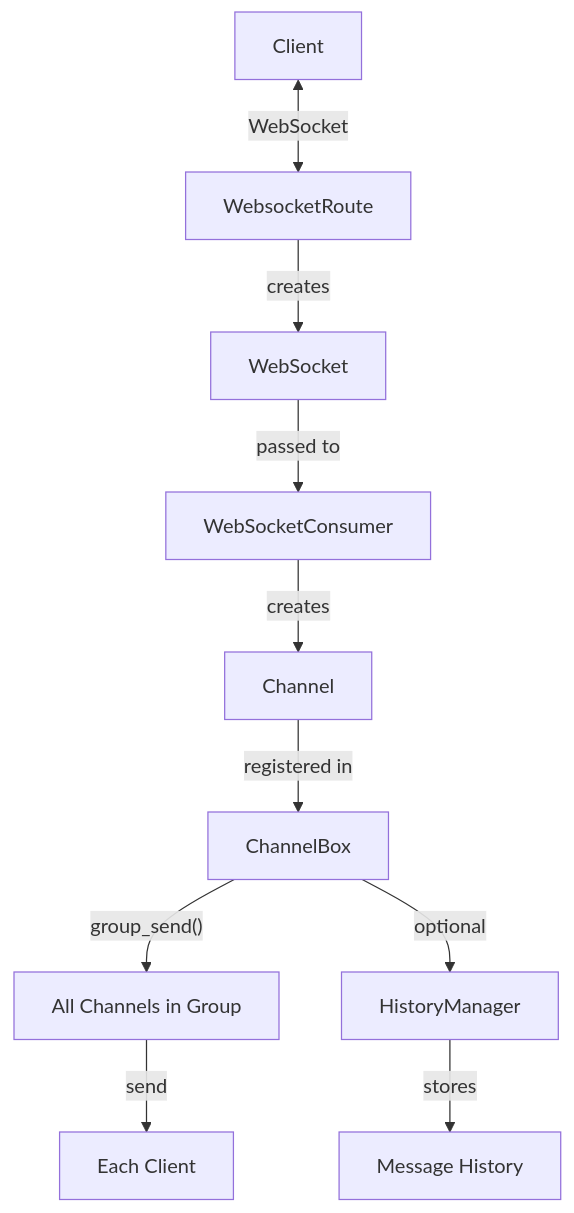
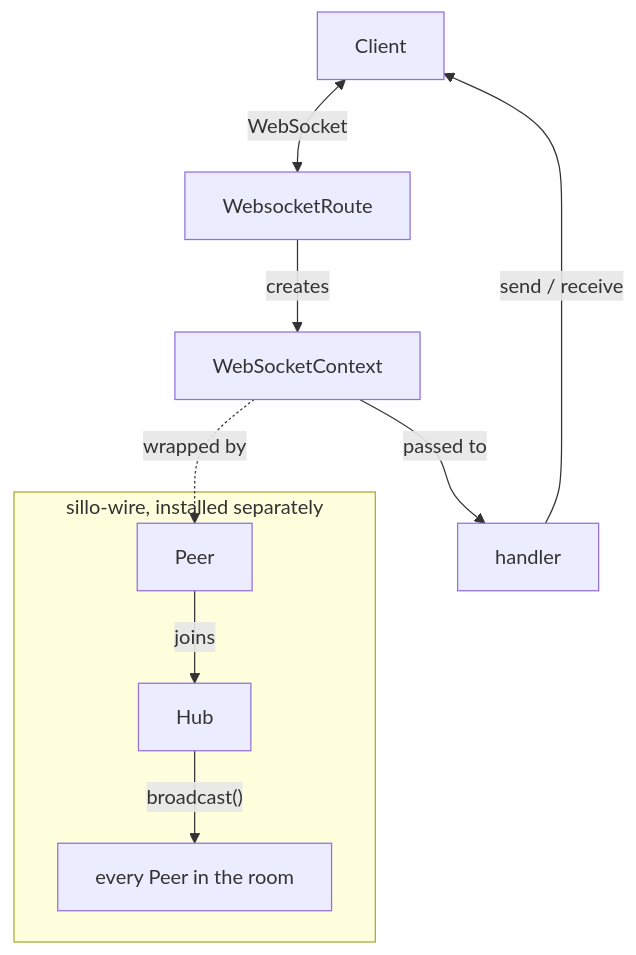
The first of 2 diagrams in docs/docs/src/content/docs/v1.0/advanced/websockets.md (sillohq/core), drawn with Mermaid before and after one commit. The commit also changed other lines of this file and 24 other files, not shown here.

First line of the commit message:
v1: move WebSocket rooms out to sillo-wire

````diff
--- a/docs/docs/src/content/docs/v1.0/advanced/websockets.md
+++ b/docs/docs/src/content/docs/v1.0/advanced/websockets.md
@@ -32,13 +33,14 @@
 ```mermaid
 graph TD
     A[Client] <-->|"WebSocket"| B[WebsocketRoute]
-    B -->|"creates"| C[WebSocket]
-    C -->|"passed to"| D[WebSocketConsumer]
-    D -->|"creates"| E[Channel]
-    E -->|"registered in"| F[ChannelBox]
-    F -->|"group_send()"| G[All Channels in Group]
-    G -->|"send"| H[Each Client]
+    B -->|"creates"| C[WebSocketContext]
+    C -->|"passed to"| D[handler]
+    D -->|"send / receive"| A
 
-    I[HistoryManager] -->|"stores"| J[Message History]
-    F -->|"optional"| I
+    subgraph "sillo-wire, installed separately"
+        E[Peer] -->|"joins"| F[Hub]
+        F -->|"broadcast()"| G[every Peer in the room]
+    end
+
+    C -.->|"wrapped by"| E
 ```
````
